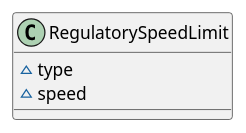
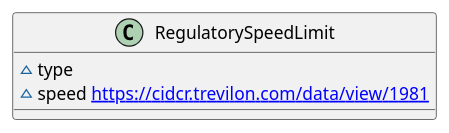
The diagram in regulatoryspeed.puml (k-vaughn/its-reference-model), drawn with PlantUML before and after one commit.

Commit message:
Test to add hyperlink
Added a link to CIDCR to see if the hyperlinks work

```diff
--- a/regulatoryspeed.puml
+++ b/regulatoryspeed.puml
@@ -1,8 +1,8 @@
 @startuml
 
 class RegulatorySpeedLimit {
 	~ type
-	~ speed
+	~ speed [[https://cidcr.trevilon.com/data/view/1981 {definition}]]
 }
 
 @enduml
```
